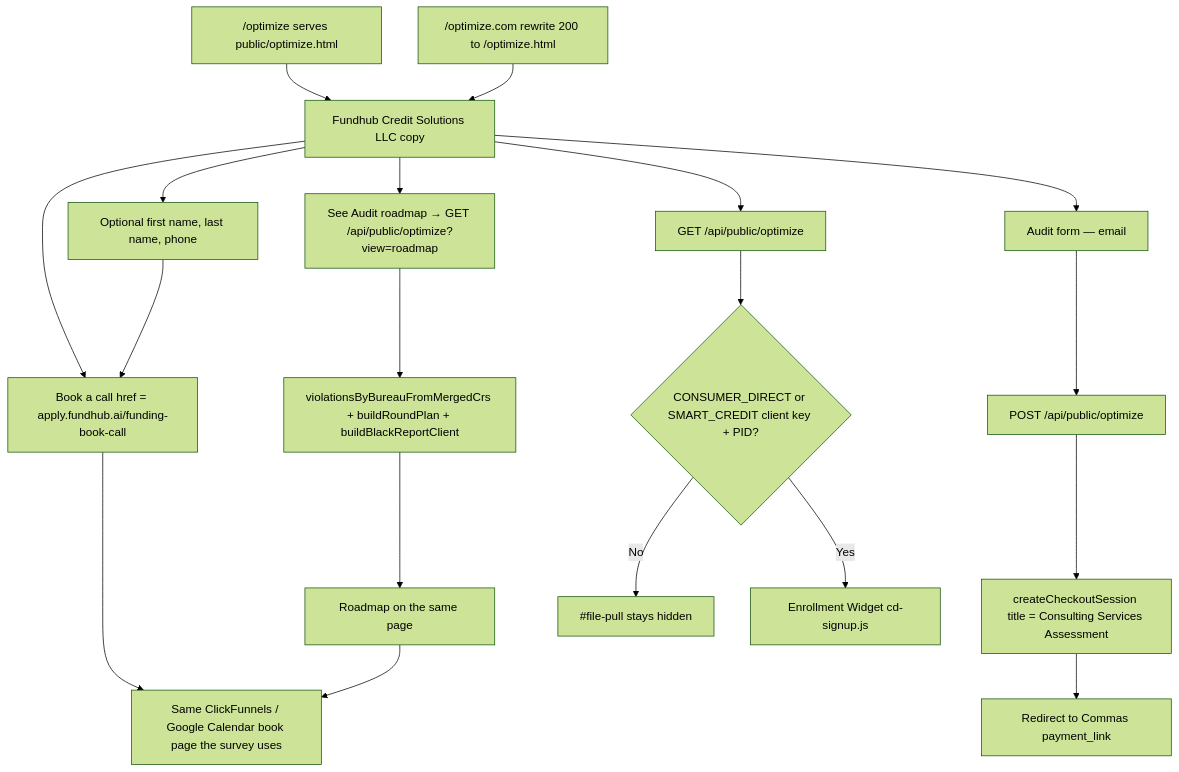
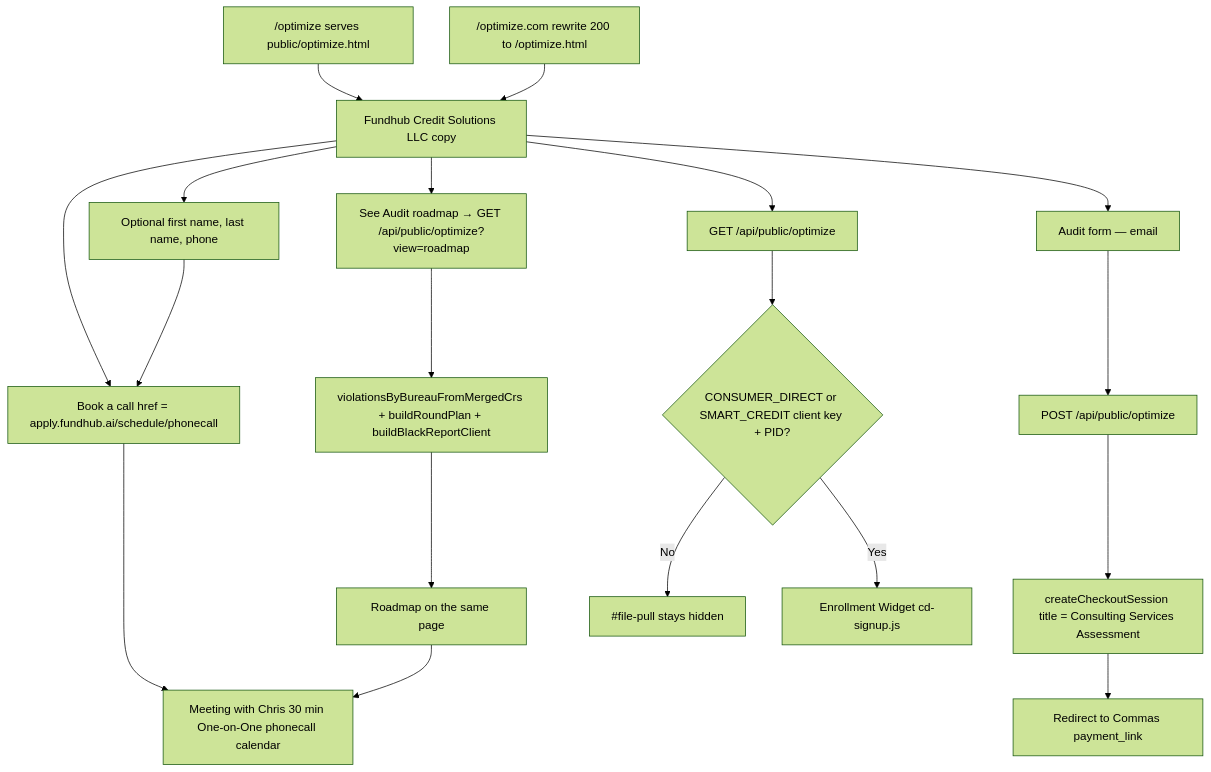
Before and after one commit to ZootimusMaximusSupreme/Fundhub_ai: the diagram in docs/journeys/optimize-actual.md, drawn with Mermaid (forest theme). The commit also changed other lines of this file and 9 other files, not shown here.

First line of the commit message:
Point /optimize Book a call at the phonecall calendar.

````diff
--- a/docs/journeys/optimize-actual.md
+++ b/docs/journeys/optimize-actual.md
@@ -5,21 +5,21 @@
 ```mermaid
 flowchart TD
     PRETTY["/optimize serves public/optimize.html"] --> PAGE[Fundhub Credit Solutions LLC copy]
     REWRITE["/optimize.com rewrite 200 to /optimize.html"] --> PAGE
     PAGE --> FIELDS[Optional first name, last name, phone]
-    PAGE --> BTN["Book a call href = apply.fundhub.ai/funding-book-call"]
+    PAGE --> BTN["Book a call href = apply.fundhub.ai/schedule/phonecall"]
     FIELDS --> BTN
-    BTN --> CAL[Same ClickFunnels / Google Calendar book page the survey uses]
+    BTN --> CAL[Meeting with Chris 30 min One-on-One phonecall calendar]
     PAGE --> AUDIT[Audit form — email]
     AUDIT --> POST["POST /api/public/optimize"]
     POST --> KEEP["createCheckoutSession title = Consulting Services Assessment"]
     KEEP --> PAY[Redirect to Commas payment_link]
     PAGE --> GET["GET /api/public/optimize"]
     GET --> GATE{CONSUMER_DIRECT or SMART_CREDIT client key + PID?}
     PAGE --> MAP["See Audit roadmap → GET /api/public/optimize?view=roadmap"]
     MAP --> BRAIN["violationsByBureauFromMergedCrs + buildRoundPlan + buildBlackReportClient"]
     BRAIN --> PLAN["Roadmap on the same page"]
     PLAN --> CAL
     GATE -->|No| HIDE["#file-pull stays hidden"]
     GATE -->|Yes| WIDGET["Enrollment Widget cd-signup.js"]
 ```
````
